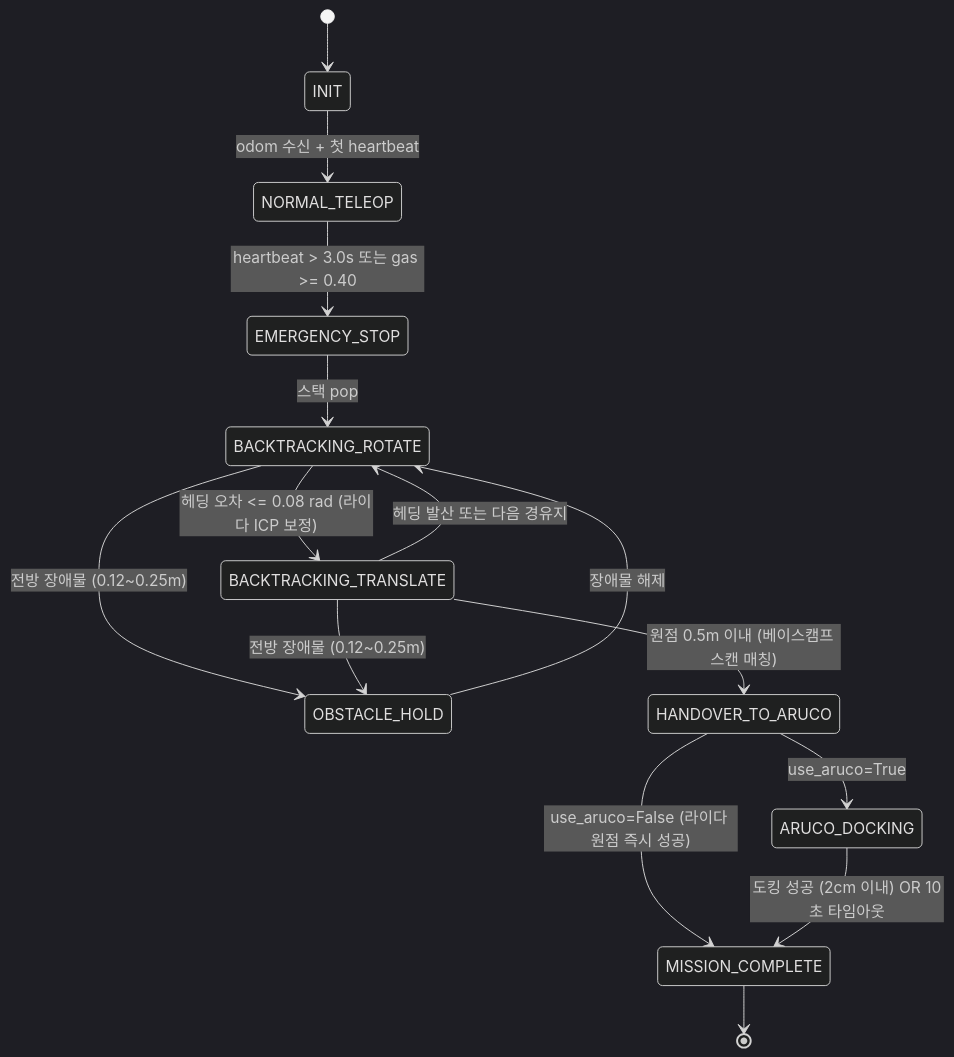
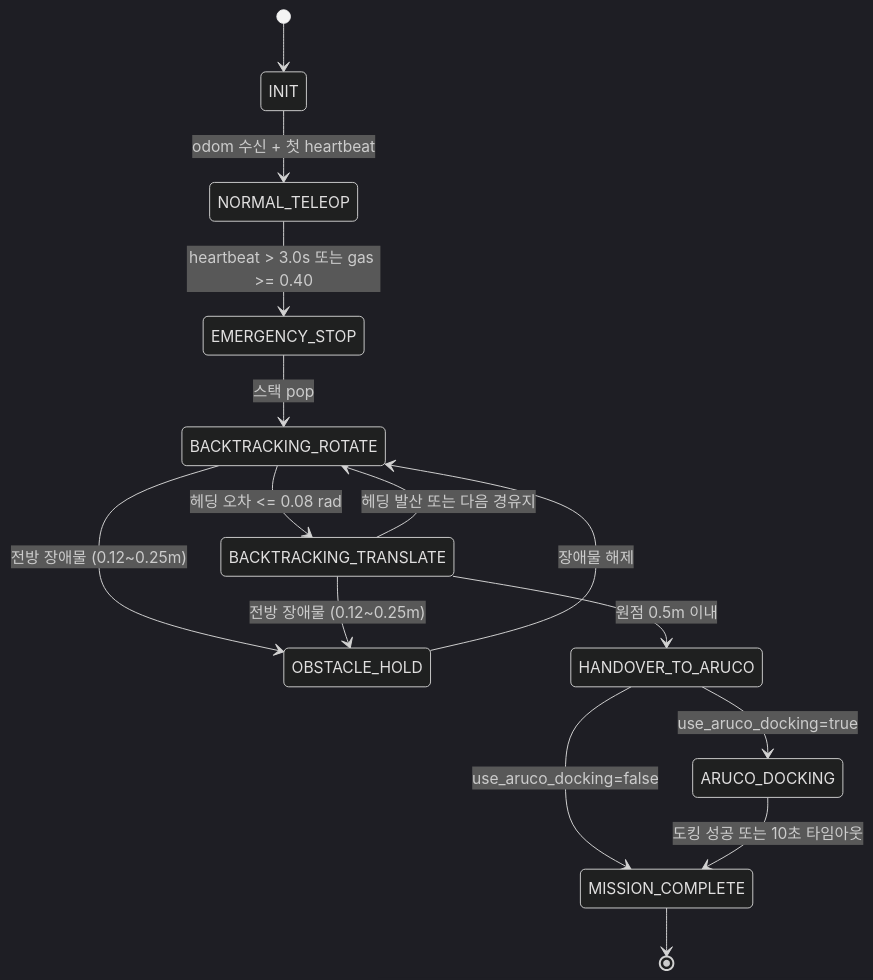
The second of 3 diagrams in README.md (rjw136-lab/disaster_recovery_ws), drawn with Mermaid (dark theme) before and after one commit. The commit also changed other lines of this file, not shown here.

````diff
--- a/README.md
+++ b/README.md
@@ -162,17 +168,17 @@
 ```mermaid
 stateDiagram-v2
     [*] --> INIT
     INIT --> NORMAL_TELEOP: odom 수신 + 첫 heartbeat
     NORMAL_TELEOP --> EMERGENCY_STOP: heartbeat > 3.0s 또는 gas >= 0.40
     EMERGENCY_STOP --> BACKTRACKING_ROTATE: 스택 pop
-    BACKTRACKING_ROTATE --> BACKTRACKING_TRANSLATE: 헤딩 오차 <= 0.08 rad (라이다 ICP 보정)
+    BACKTRACKING_ROTATE --> BACKTRACKING_TRANSLATE: 헤딩 오차 <= 0.08 rad
     BACKTRACKING_TRANSLATE --> BACKTRACKING_ROTATE: 헤딩 발산 또는 다음 경유지
     BACKTRACKING_ROTATE --> OBSTACLE_HOLD: 전방 장애물 (0.12~0.25m)
     BACKTRACKING_TRANSLATE --> OBSTACLE_HOLD: 전방 장애물 (0.12~0.25m)
     OBSTACLE_HOLD --> BACKTRACKING_ROTATE: 장애물 해제
-    BACKTRACKING_TRANSLATE --> HANDOVER_TO_ARUCO: 원점 0.5m 이내 (베이스캠프 스캔 매칭)
-    HANDOVER_TO_ARUCO --> ARUCO_DOCKING: use_aruco=True
-    HANDOVER_TO_ARUCO --> MISSION_COMPLETE: use_aruco=False (라이다 원점 즉시 성공)
-    ARUCO_DOCKING --> MISSION_COMPLETE: 도킹 성공 (2cm 이내) OR 10초 타임아웃
+    BACKTRACKING_TRANSLATE --> HANDOVER_TO_ARUCO: 원점 0.5m 이내
+    HANDOVER_TO_ARUCO --> ARUCO_DOCKING: use_aruco_docking=true
+    HANDOVER_TO_ARUCO --> MISSION_COMPLETE: use_aruco_docking=false
+    ARUCO_DOCKING --> MISSION_COMPLETE: 도킹 성공 또는 10초 타임아웃
     MISSION_COMPLETE --> [*]
 ```
````
